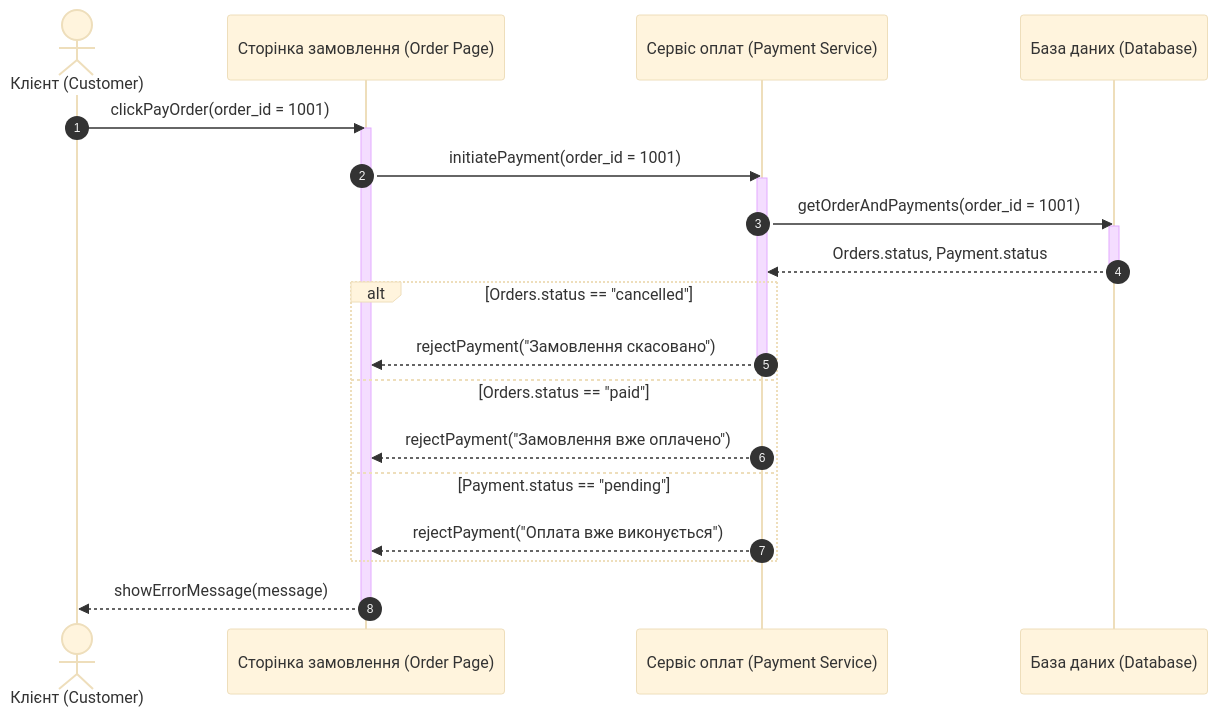
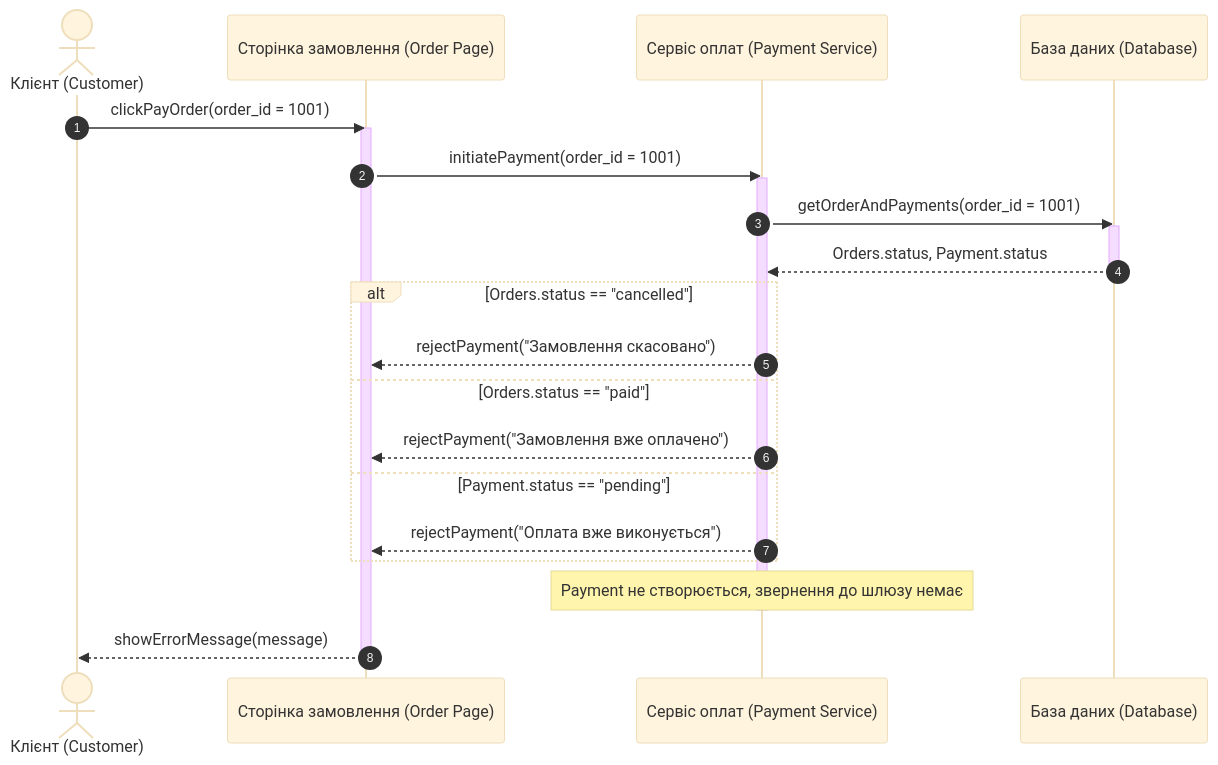
One commit to hutnichs/KPI_MAVPZ changed the third of 15 diagrams in Lab3/diagram.md. Above: the diagram before and after it, drawn with Mermaid (base theme). The commit also changed other lines of this file and 1 other file, not shown here.

Commit message:
Updated payment callback, error messages and prompt added

````diff
--- a/Lab3/diagram.md
+++ b/Lab3/diagram.md
@@ -125,28 +145,29 @@
 ```mermaid
 sequenceDiagram
     autonumber
     actor Customer as Клієнт (Customer)
     participant Page as Сторінка замовлення (Order Page)
     participant PS as Сервіс оплат (Payment Service)
     participant DB as База даних (Database)
 
     Customer->>Page: clickPayOrder(order_id = 1001)
     activate Page
     Page->>PS: initiatePayment(order_id = 1001)
     activate PS
     PS->>DB: getOrderAndPayments(order_id = 1001)
     activate DB
     DB-->>PS: Orders.status, Payment.status
     deactivate DB
 
     alt Orders.status == "cancelled"
         PS-->>Page: rejectPayment("Замовлення скасовано")
-        deactivate PS
     else Orders.status == "paid"
         PS-->>Page: rejectPayment("Замовлення вже оплачено")
     else Payment.status == "pending"
         PS-->>Page: rejectPayment("Оплата вже виконується")
     end
+    Note over PS: Payment не створюється, звернення до шлюзу немає
+    deactivate PS
     Page-->>Customer: showErrorMessage(message)
     deactivate Page
 ```
````
